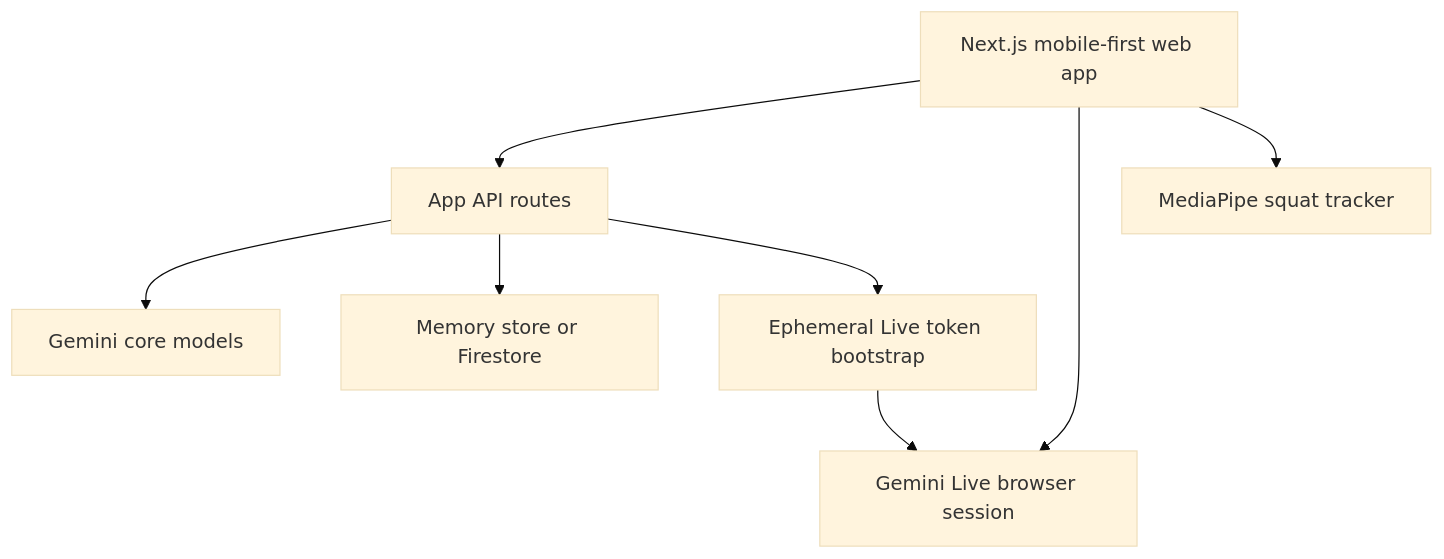
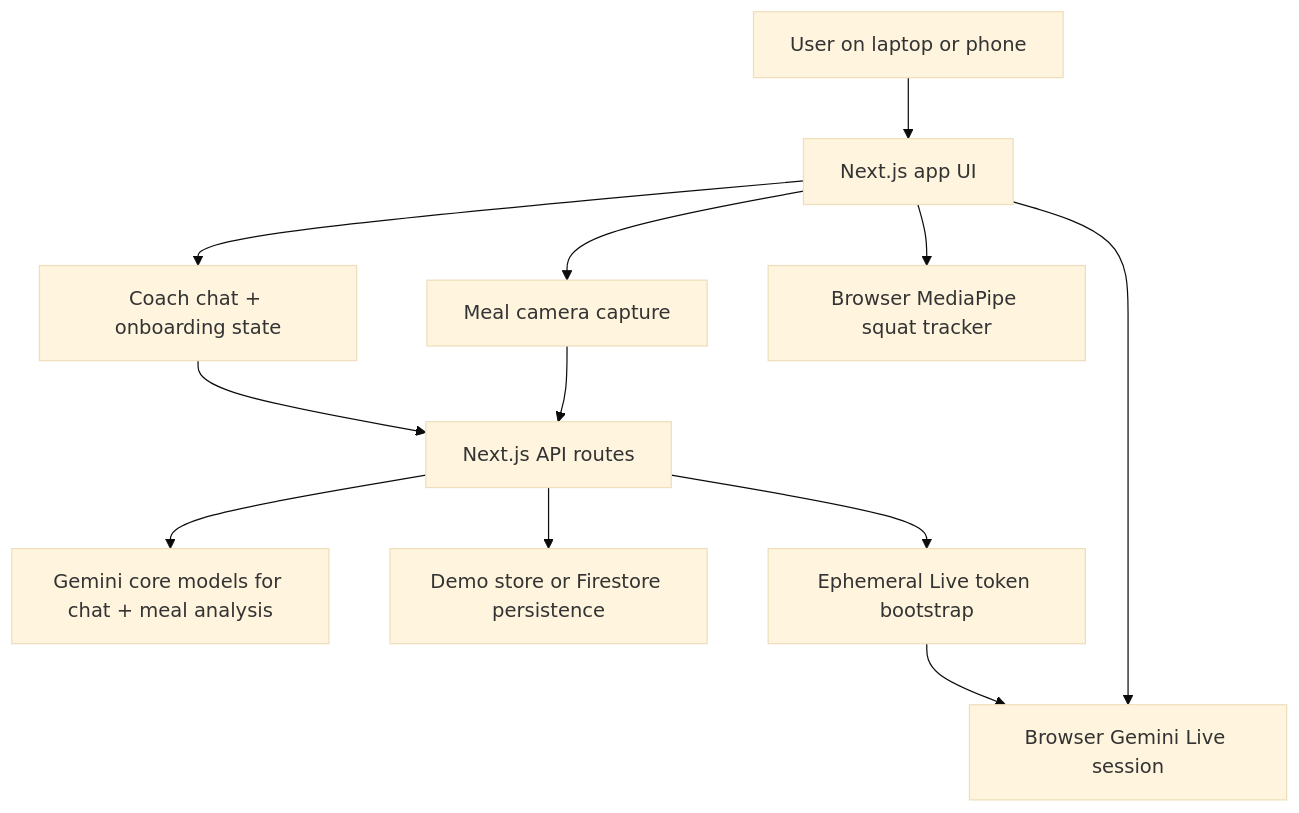
One commit to BhavyaAk25/Swasthya changed the diagram in README.md. Above: the diagram before and after it, drawn with Mermaid (base theme). The commit also changed other lines of this file and 8 other files, not shown here.

````diff
--- a/README.md
+++ b/README.md
@@ -42,10 +44,14 @@
 ```mermaid
 flowchart TD
-    UI["Next.js mobile-first web app"] --> API["App API routes"]
-    UI --> Live["Gemini Live browser session"]
-    UI --> Pose["MediaPipe squat tracker"]
-    API --> Core["Gemini core models"]
-    API --> Store["Memory store or Firestore"]
+    User["User on laptop or phone"] --> UI["Next.js app UI"]
+    UI --> Coach["Coach chat + onboarding state"]
+    UI --> Meal["Meal camera capture"]
+    UI --> Pose["Browser MediaPipe squat tracker"]
+    UI --> Live["Browser Gemini Live session"]
+    Coach --> API["Next.js API routes"]
+    Meal --> API
+    API --> Core["Gemini core models for chat + meal analysis"]
+    API --> Store["Demo store or Firestore persistence"]
     API --> Token["Ephemeral Live token bootstrap"]
     Token --> Live
 ```
````
